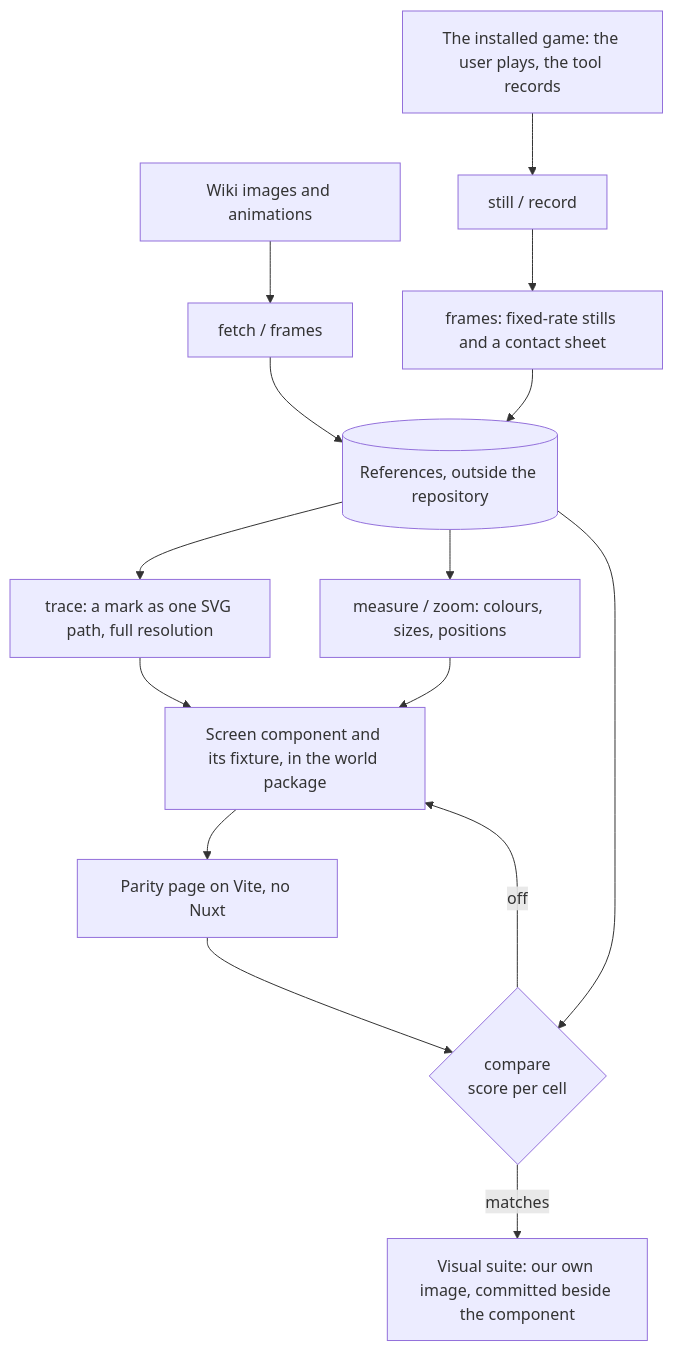
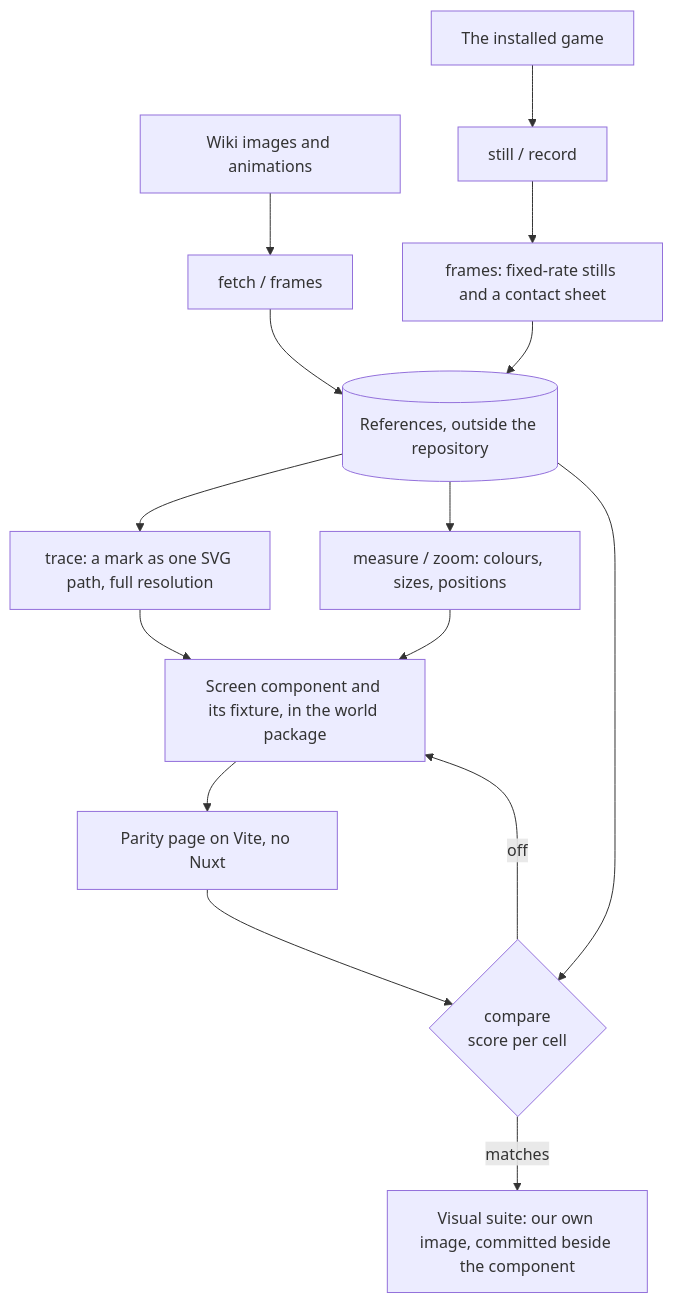
One commit to Esposter/Esposter changed the diagram in openspec/specs/genshin/parity/README.md. Above: the diagram before and after it, drawn with Mermaid. The commit also changed 11 other files, not shown here.

````diff
--- a/openspec/specs/genshin/parity/README.md
+++ b/openspec/specs/genshin/parity/README.md
@@ -7,17 +7,17 @@
 ```mermaid
 flowchart TD
   WIKI[Wiki images and animations] --> FETCH[fetch / frames]
-  GAME[The installed game: the user plays, the tool records] --> CAP[still / record]
+  GAME[The installed game] --> CAP[still / record]
   CAP --> FRAMES[frames: fixed-rate stills and a contact sheet]
   FETCH --> REF[(References, outside the repository)]
   FRAMES --> REF
   REF --> TRACE[trace: a mark as one SVG path, full resolution]
   TRACE --> SCREEN[Screen component and its fixture, in the world package]
   REF --> MEASURE[measure / zoom: colours, sizes, positions]
   MEASURE --> SCREEN
   SCREEN --> PAGE[Parity page on Vite, no Nuxt]
   PAGE --> COMPARE{compare<br/>score per cell}
   REF --> COMPARE
   COMPARE -->|off| SCREEN
   COMPARE -->|matches| VISUAL[Visual suite: our own image, committed beside the component]
 ```
````
